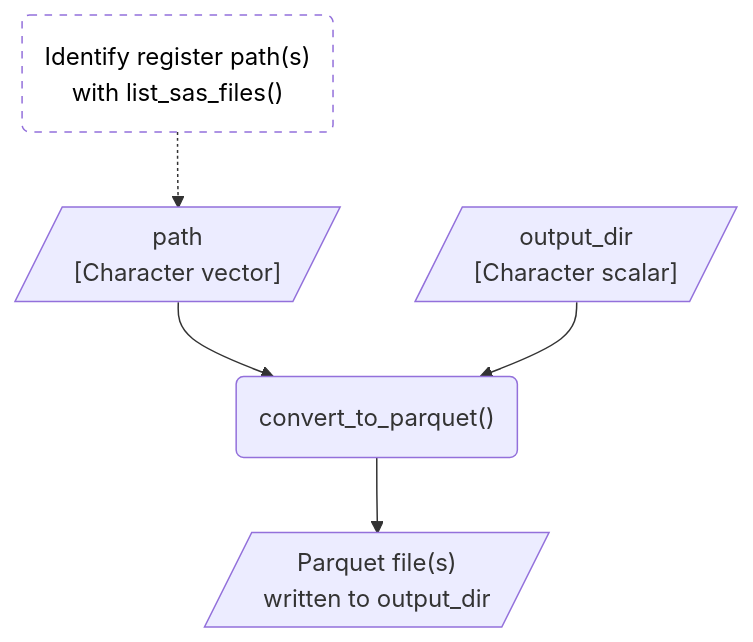
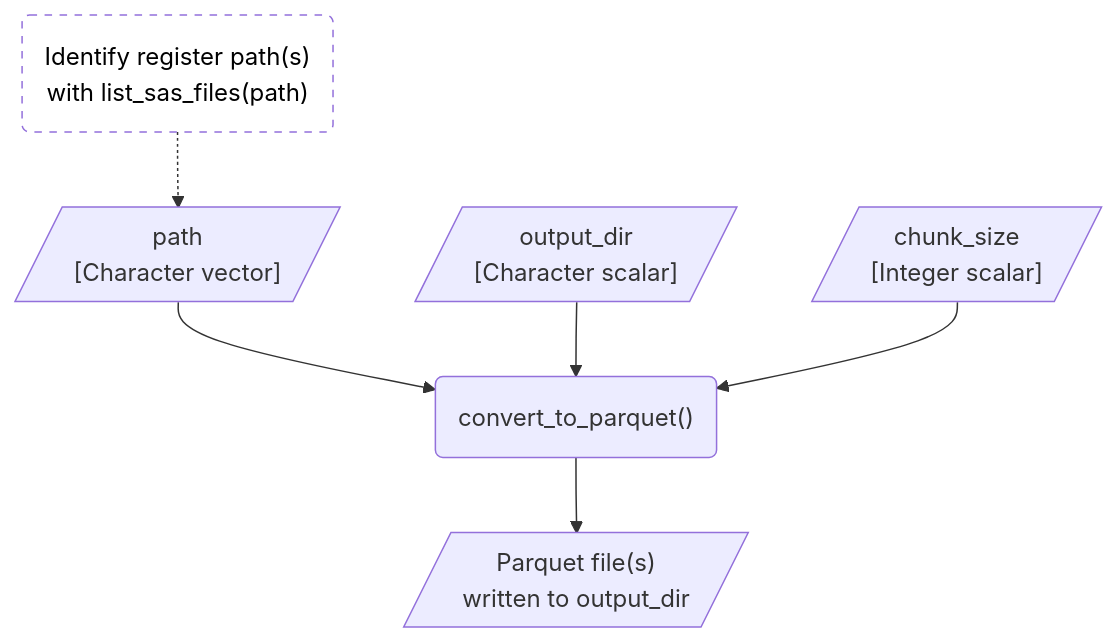
The first of 3 diagrams in vignettes/design.qmd (dp-next/registers2parquet), drawn with Mermaid before and after one commit.

Commit message:
docs: :pencil2: add `chunk_size` to flow diagram

````diff
--- a/vignettes/design.qmd
+++ b/vignettes/design.qmd
@@ -81,20 +81,21 @@
 ```{mermaid}
 %%| label: fig-flow
 %%| fig-cap: "Expected workflow for converting SAS files from a single register using `convert_to_parquet()`."
 %%| fig-alt: "A flowchart showing the expected flow of converting register SAS files to Parquet files."
 
 flowchart TD
-    identify_paths("Identify register path(s)<br>with list_sas_files()")
+    identify_paths("Identify register path(s)<br>with list_sas_files(path)")
     path[/"path<br>[Character vector]"/]
     output_dir[/"output_dir<br>[Character scalar]"/]
+    chunk_size[/"chunk_size<br>[Integer scalar]"/]
     convert_to_parquet("convert_to_parquet()")
     output[/"Parquet file(s)<br>written to output_dir"/]
 
     %% Edges
     identify_paths -.-> path --> convert_to_parquet
-    output_dir --> convert_to_parquet
+    output_dir & chunk_size --> convert_to_parquet
     convert_to_parquet --> output
 
     %% Style
     style identify_paths fill:#FFFFFF, color:#000000, stroke-dasharray: 5 5
 ```
````
